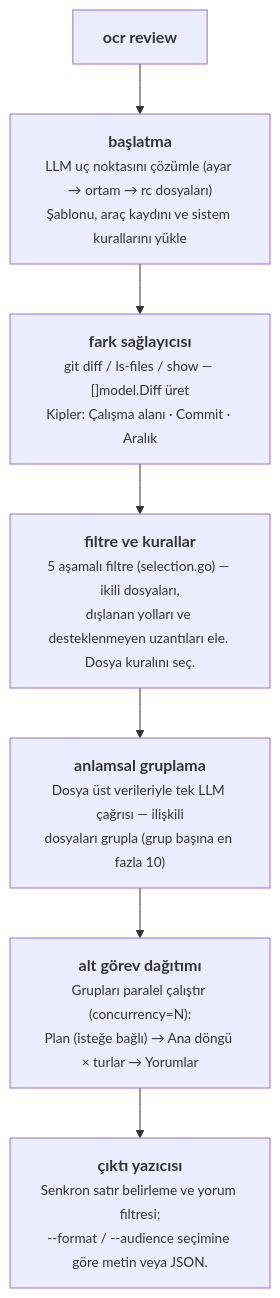
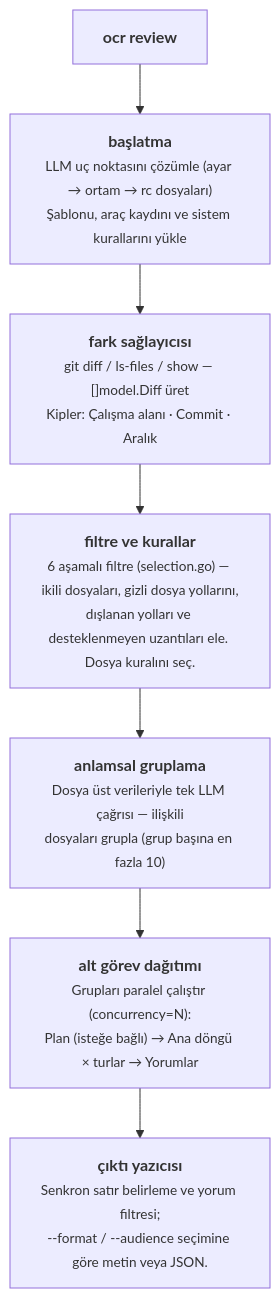
One commit to alibaba/open-code-review changed the first of 2 diagrams in pages/src/content/docs/tr/architecture.md. Above: the diagram before and after it, drawn with Mermaid. The commit also changed other lines of this file and 11 other files, not shown here.

Commit message:
docs(filter): document the secret-path gate in the architecture and FAQ pages (#1787)

````diff
--- a/pages/src/content/docs/tr/architecture.md
+++ b/pages/src/content/docs/tr/architecture.md
@@ -11,12 +11,12 @@
 ```mermaid
 flowchart TD
     A["<b>ocr review</b>"]
     B["<b>başlatma</b><br/><span style='font-size:0.85em'>LLM uç noktasını çözümle (ayar → ortam → rc dosyaları)<br/>Şablonu, araç kaydını ve sistem kurallarını yükle</span>"]
     C["<b>fark sağlayıcısı</b><br/><span style='font-size:0.85em'>git diff / ls-files / show — []model.Diff üret<br/>Kipler: Çalışma alanı · Commit · Aralık</span>"]
-    D["<b>filtre ve kurallar</b><br/><span style='font-size:0.85em'>5 aşamalı filtre (selection.go) — ikili dosyaları,<br/>dışlanan yolları ve desteklenmeyen uzantıları ele. Dosya kuralını seç.</span>"]
+    D["<b>filtre ve kurallar</b><br/><span style='font-size:0.85em'>6 aşamalı filtre (selection.go) — ikili dosyaları, gizli dosya yollarını,<br/>dışlanan yolları ve desteklenmeyen uzantıları ele. Dosya kuralını seç.</span>"]
     D2["<b>anlamsal gruplama</b><br/><span style='font-size:0.85em'>Dosya üst verileriyle tek LLM çağrısı — ilişkili<br/>dosyaları grupla (grup başına en fazla 10)</span>"]
     E["<b>alt görev dağıtımı</b><br/><span style='font-size:0.85em'>Grupları paralel çalıştır (concurrency=N):<br/>Plan (isteğe bağlı) → Ana döngü × turlar → Yorumlar</span>"]
     F["<b>çıktı yazıcısı</b><br/><span style='font-size:0.85em'>Senkron satır belirleme ve yorum filtresi;<br/>--format / --audience seçimine göre metin veya JSON.</span>"]
 
     A --> B --> C --> D --> D2 --> E --> F
 ```
````
